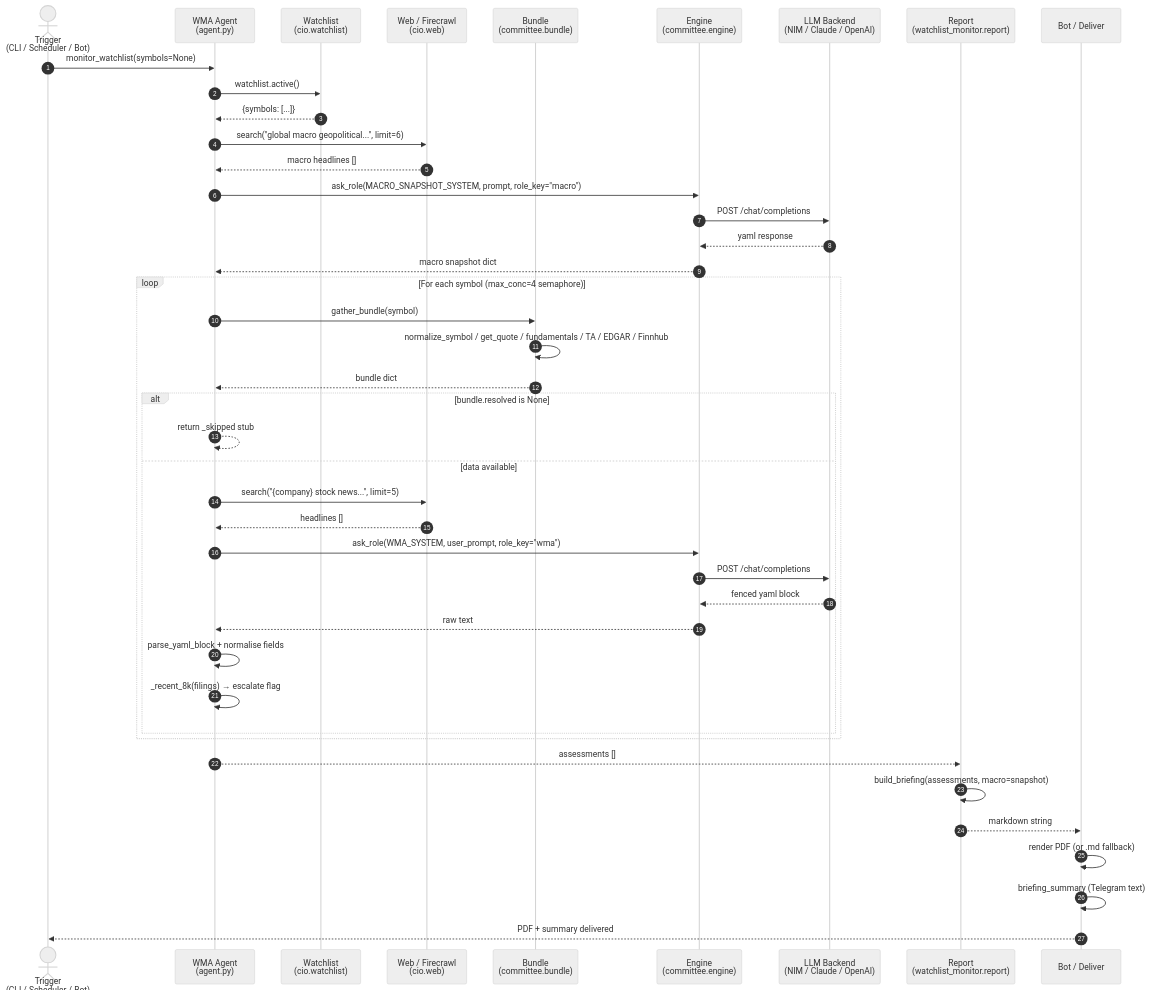
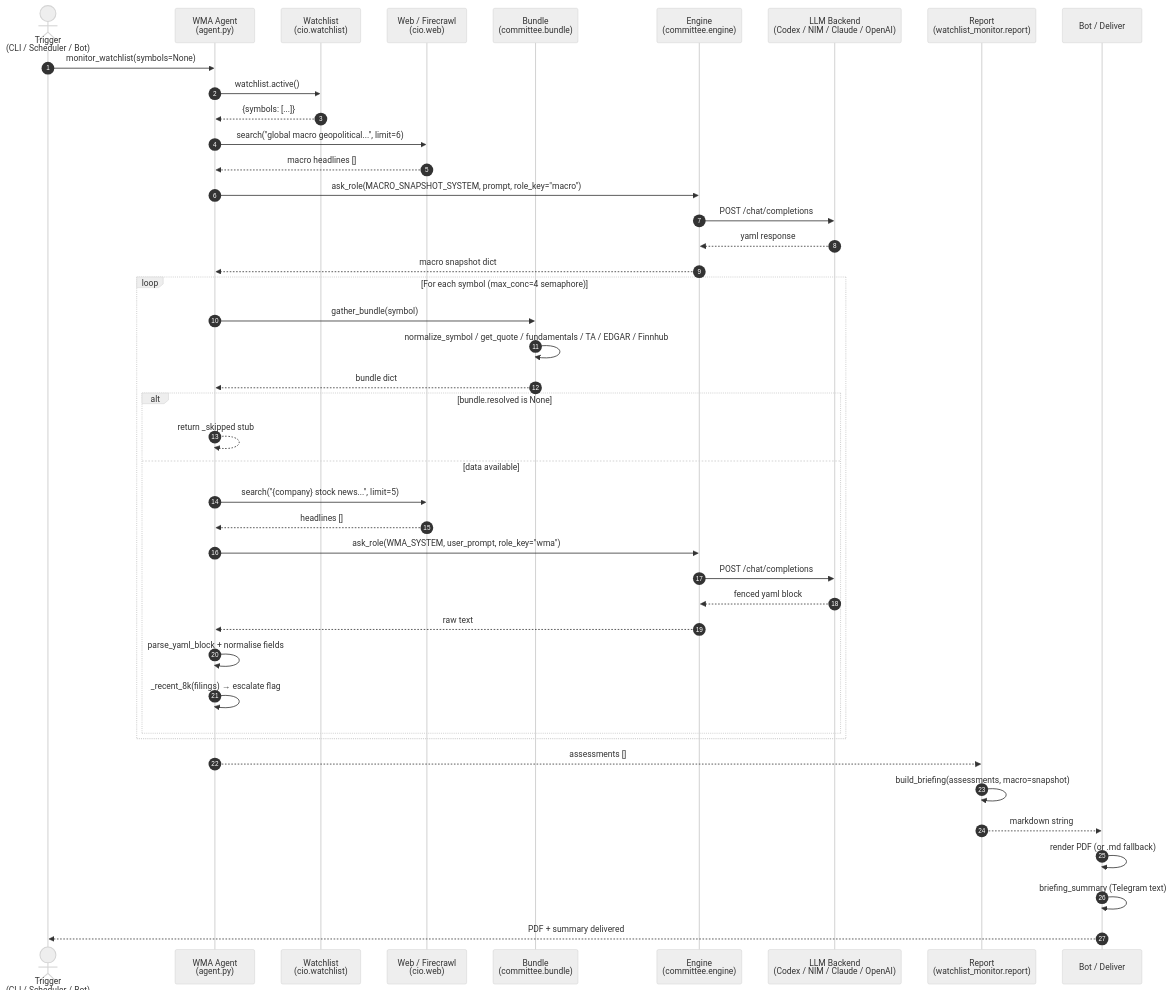
The first of 3 diagrams in docs/committee-wma-sequence-diagram.md (cloudaipro/CIOAgent), drawn with Mermaid (neutral theme) before and after one commit. The commit also changed other lines of this file and 25 other files, not shown here.

````diff
--- a/docs/committee-wma-sequence-diagram.md
+++ b/docs/committee-wma-sequence-diagram.md
@@ -26,50 +26,50 @@
 ```mermaid
 sequenceDiagram
     autonumber
     actor Trigger as Trigger<br/>(CLI / Scheduler / Bot)
     participant WMA as WMA Agent<br/>(agent.py)
     participant WL as Watchlist<br/>(cio.watchlist)
     participant WEB as Web / Firecrawl<br/>(cio.web)
     participant BUNDLE as Bundle<br/>(committee.bundle)
     participant ENGINE as Engine<br/>(committee.engine)
-    participant LLM as LLM Backend<br/>(NIM / Claude / OpenAI)
+    participant LLM as LLM Backend<br/>(Codex / NIM / Claude / OpenAI)
     participant REPORT as Report<br/>(watchlist_monitor.report)
     participant BOT as Bot / Deliver
 
     Trigger->>WMA: monitor_watchlist(symbols=None)
     WMA->>WL: watchlist.active()
     WL-->>WMA: {symbols: [...]}
 
     WMA->>WEB: search("global macro geopolitical...", limit=6)
     WEB-->>WMA: macro headlines []
     WMA->>ENGINE: ask_role(MACRO_SNAPSHOT_SYSTEM, prompt, role_key="macro")
     ENGINE->>LLM: POST /chat/completions
     LLM-->>ENGINE: yaml response
     ENGINE-->>WMA: macro snapshot dict
 
     loop For each symbol (max_conc=4 semaphore)
         WMA->>BUNDLE: gather_bundle(symbol)
         BUNDLE->>BUNDLE: normalize_symbol / get_quote / fundamentals / TA / EDGAR / Finnhub
         BUNDLE-->>WMA: bundle dict
 
         alt bundle.resolved is None
             WMA-->>WMA: return _skipped stub
         else data available
             WMA->>WEB: search("{company} stock news...", limit=5)
             WEB-->>WMA: headlines []
             WMA->>ENGINE: ask_role(WMA_SYSTEM, user_prompt, role_key="wma")
             ENGINE->>LLM: POST /chat/completions
             LLM-->>ENGINE: fenced yaml block
             ENGINE-->>WMA: raw text
             WMA->>WMA: parse_yaml_block + normalise fields
             WMA->>WMA: _recent_8k(filings) → escalate flag
         end
     end
 
     WMA-->>REPORT: assessments []
     REPORT->>REPORT: build_briefing(assessments, macro=snapshot)
     REPORT-->>BOT: markdown string
     BOT->>BOT: render PDF (or .md fallback)
     BOT->>BOT: briefing_summary (Telegram text)
     BOT-->>Trigger: PDF + summary delivered
 ```
````
